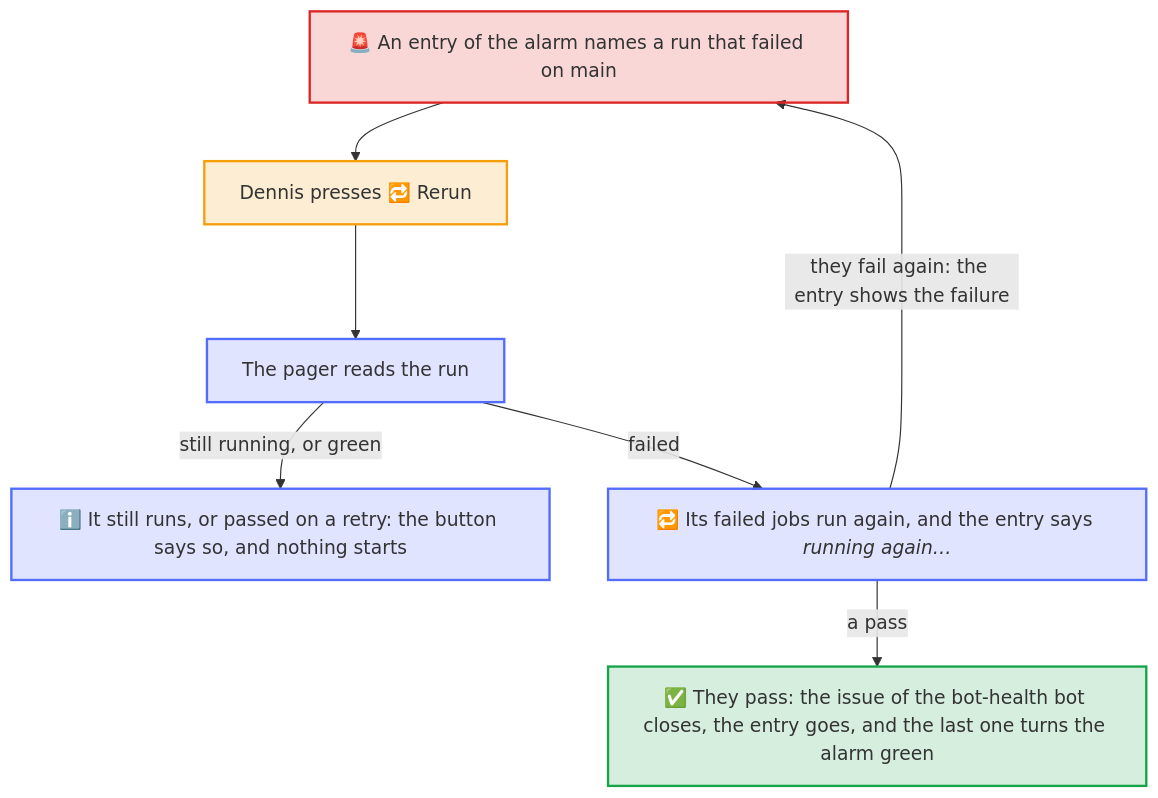
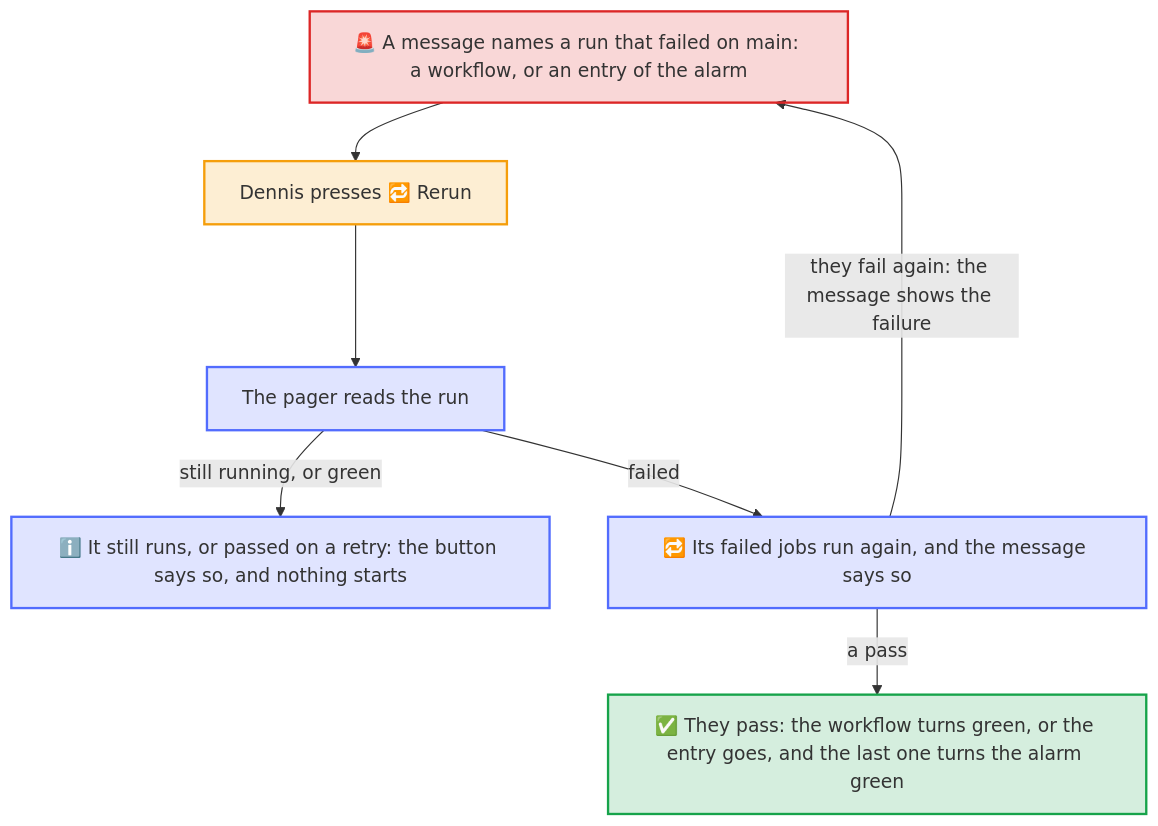
Before and after one commit to Dennis-Otto/dennis-otto-pager: the diagram in docs/diagrams/the-rerun-of-a-run.mmd, drawn with Mermaid. The commit also changed 37 other files, not shown here.

First line of the commit message:
feat: a workflow that keeps failing on main pages you once, not as a mail per run (#96)

```diff
--- a/docs/diagrams/the-rerun-of-a-run.mmd
+++ b/docs/diagrams/the-rerun-of-a-run.mmd
@@ -1,30 +1,30 @@
 ---
 config:
   flowchart:
     wrappingWidth: 400
 ---
 flowchart TB
     accTitle: The rerun of a run that failed
-    accDescr: An entry of the alarm names a run of GitHub Actions that failed on main, such as that of a required check, a release or an issue of the bot-health bot. Dennis presses Rerun, and the pager reads the run. While it still runs, or once it passed on a retry, the button says so and nothing starts. Otherwise its failed jobs run again, and the entry says so in the message. When they fail again, the entry shows the failure, and Rerun can run them once more. When they pass, the bot-health bot closes its issue or the release run passes, the entry goes, and the last one turns the alarm green.
+    accDescr: A message names a run of GitHub Actions that failed on main: that of a workflow, or an entry of the alarm, such as a release. Dennis presses Rerun, and the pager reads the run. While it still runs, or once it passed on a retry, the button says so and nothing starts. Otherwise its failed jobs run again, and the message says so. When they fail again, the message shows the failure, and Rerun can run them once more. When they pass, the workflow turns green, or the entry goes, and the last one turns the alarm green.
 
-    alarm["`**🚨** An entry of the alarm names a run that failed on main`"]
+    alarm["`**🚨** A message names a run that failed on main: a workflow, or an entry of the alarm`"]
     press["Dennis presses 🔁 Rerun"]
     read["The pager reads the run"]
     nothing["`**ℹ️** It still runs, or passed on a retry: the button says so, and nothing starts`"]
-    again["`**🔁** Its failed jobs run again, and the entry says *running again…*`"]
-    green["`**✅** They pass: the issue of the bot-health bot closes, the entry goes, and the last one turns the alarm green`"]
+    again["`**🔁** Its failed jobs run again, and the message says so`"]
+    green["`**✅** They pass: the workflow turns green, or the entry goes, and the last one turns the alarm green`"]
 
     alarm --> press --> read
     read -- "still running, or green" --> nothing
     read -- "failed" --> again
-    again -- "they fail again: the entry shows the failure" --> alarm
+    again -- "they fail again: the message shows the failure" --> alarm
     again -- "a pass" --> green
 
     classDef you fill:#f59e0b2e,stroke:#f59e0b,stroke-width:2px
     classDef bot fill:#526cfe2e,stroke:#526cfe,stroke-width:2px
     classDef done fill:#16a34a2e,stroke:#16a34a,stroke-width:2px
     classDef warn fill:#dc26262e,stroke:#dc2626,stroke-width:2px
     class press you
     class read,nothing,again bot
     class green done
     class alarm warn
```
